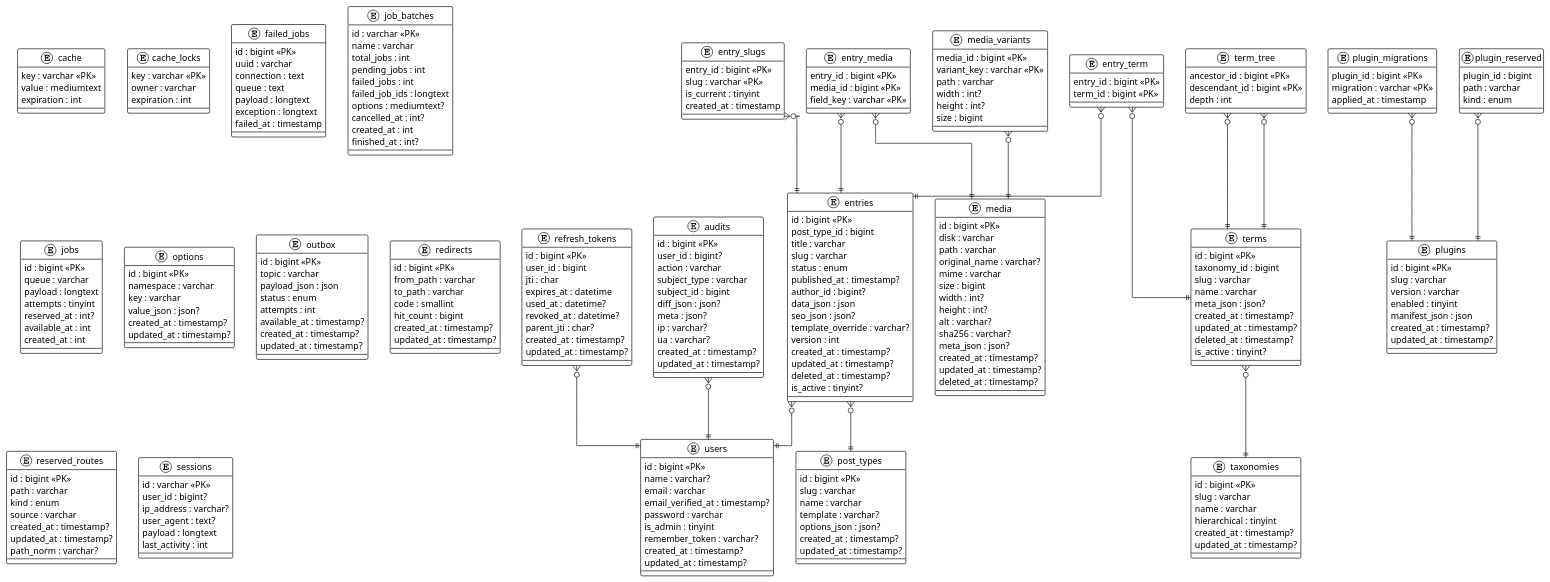
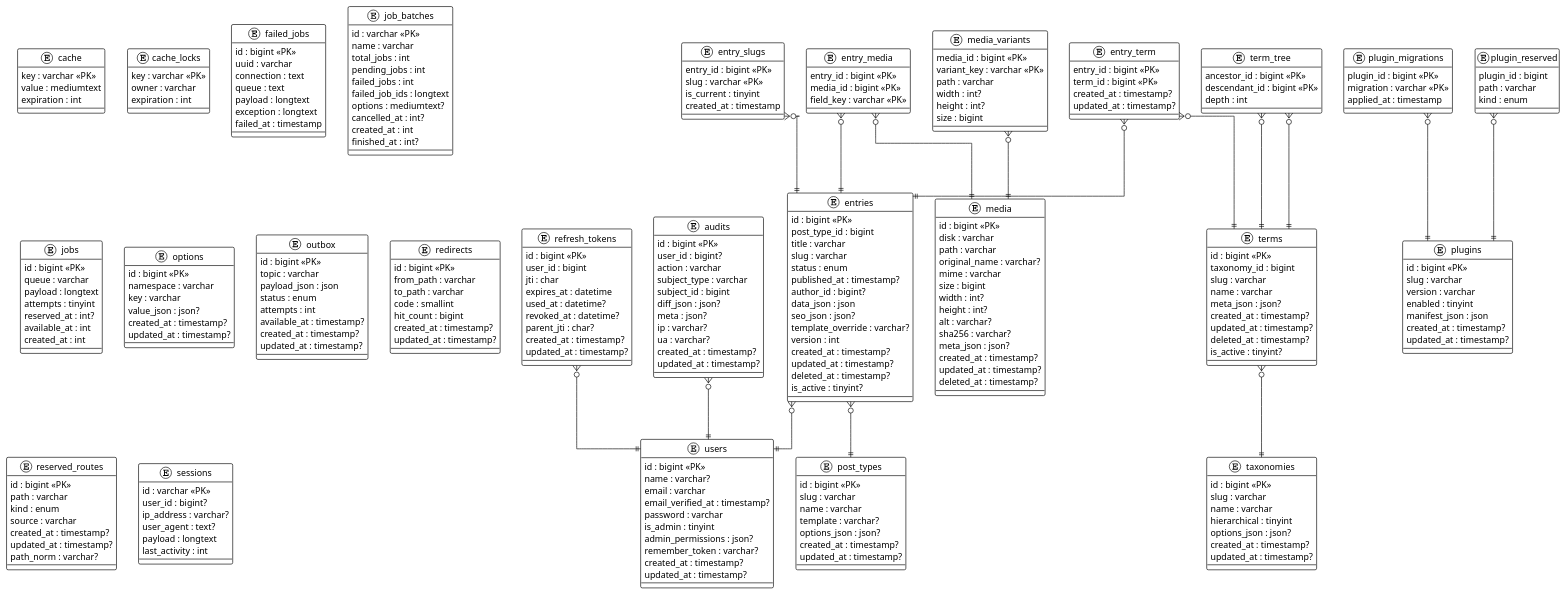
The diagram in docs/_generated/erd.puml (g00seberry/stupidCms), drawn with PlantUML before and after one commit. The commit also changed 44 other files, not shown here.

```diff
--- a/docs/_generated/erd.puml
+++ b/docs/_generated/erd.puml
@@ -62,6 +62,8 @@
 entity "entry_term" as entry_term {
   entry_id : bigint <<PK>>
   term_id : bigint <<PK>>
+  created_at : timestamp?
+  updated_at : timestamp?
 }
 
 entity "failed_jobs" as failed_jobs {
@@ -221,6 +223,7 @@
   slug : varchar
   name : varchar
   hierarchical : tinyint
+  options_json : json?
   created_at : timestamp?
   updated_at : timestamp?
 }
@@ -250,6 +253,7 @@
   email_verified_at : timestamp?
   password : varchar
   is_admin : tinyint
+  admin_permissions : json?
   remember_token : varchar?
   created_at : timestamp?
   updated_at : timestamp?
```
